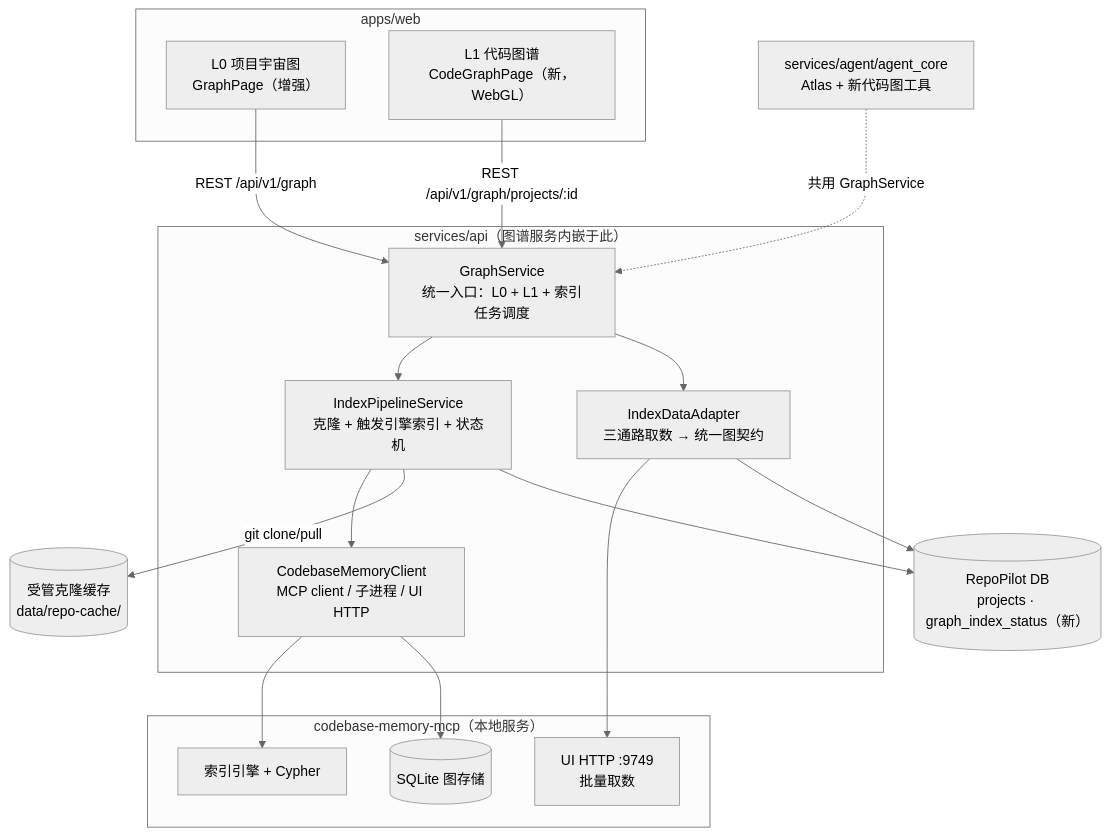
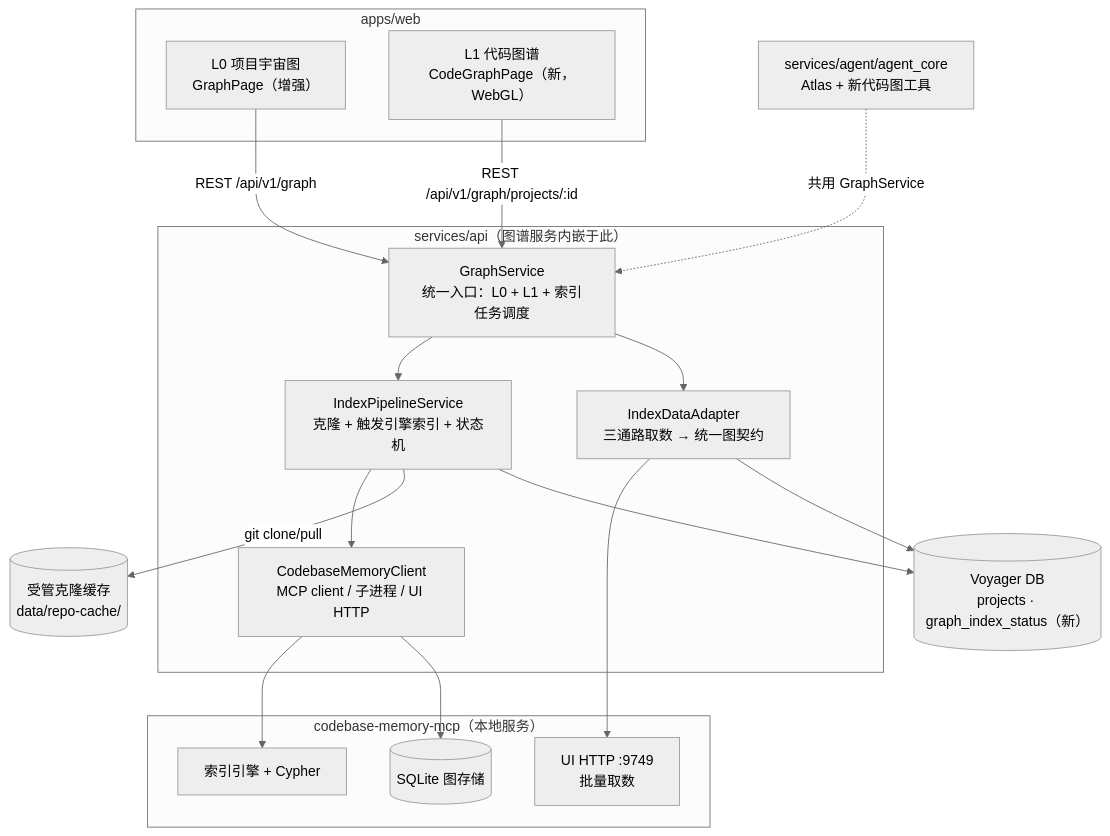
The diagram in docs/architecture/graph/DETAILED_DESIGN.md (daftpunkwav/repo-pilot), drawn with Mermaid (neutral theme) before and after one commit. The commit also changed other lines of this file and 62 other files, not shown here.

````diff
--- a/docs/architecture/graph/DETAILED_DESIGN.md
+++ b/docs/architecture/graph/DETAILED_DESIGN.md
@@ -55,34 +55,34 @@
 ```mermaid
 flowchart TB
     subgraph web["apps/web"]
         L0["L0 项目宇宙图<br/>GraphPage（增强）"]
         L1["L1 代码图谱<br/>CodeGraphPage（新，WebGL）"]
     end
 
     subgraph api["services/api（图谱服务内嵌于此）"]
         GS["GraphService<br/>统一入口：L0 + L1 + 索引任务调度"]
         IDX["IndexPipelineService<br/>克隆 + 触发引擎索引 + 状态机"]
         FETCH["IndexDataAdapter<br/>三通路取数 → 统一图契约"]
         ADAPTER["CodebaseMemoryClient<br/>MCP client / 子进程 / UI HTTP"]
     end
 
     subgraph engine["codebase-memory-mcp（本地服务）"]
         CORE["索引引擎 + Cypher"]
         UISRV["UI HTTP :9749<br/>批量取数"]
         DB[("SQLite 图存储")]
     end
 
     CACHE[("受管克隆缓存<br/>data/repo-cache/")]
-    RDB[("RepoPilot DB<br/>projects · graph_index_status（新）")]
+    RDB[("Voyager DB<br/>projects · graph_index_status（新）")]
 
     L0 -->|REST /api/v1/graph| GS
     L1 -->|REST /api/v1/graph/projects/:id| GS
     GS --> IDX --> ADAPTER --> CORE
     GS --> FETCH --> UISRV
     IDX -->|git clone/pull| CACHE
     ADAPTER --> DB
     IDX --> RDB
     FETCH --> RDB
 
     AGENT["services/agent/agent_core<br/>Atlas + 新代码图工具"] -.共用 GraphService.-> GS
 ```
````
